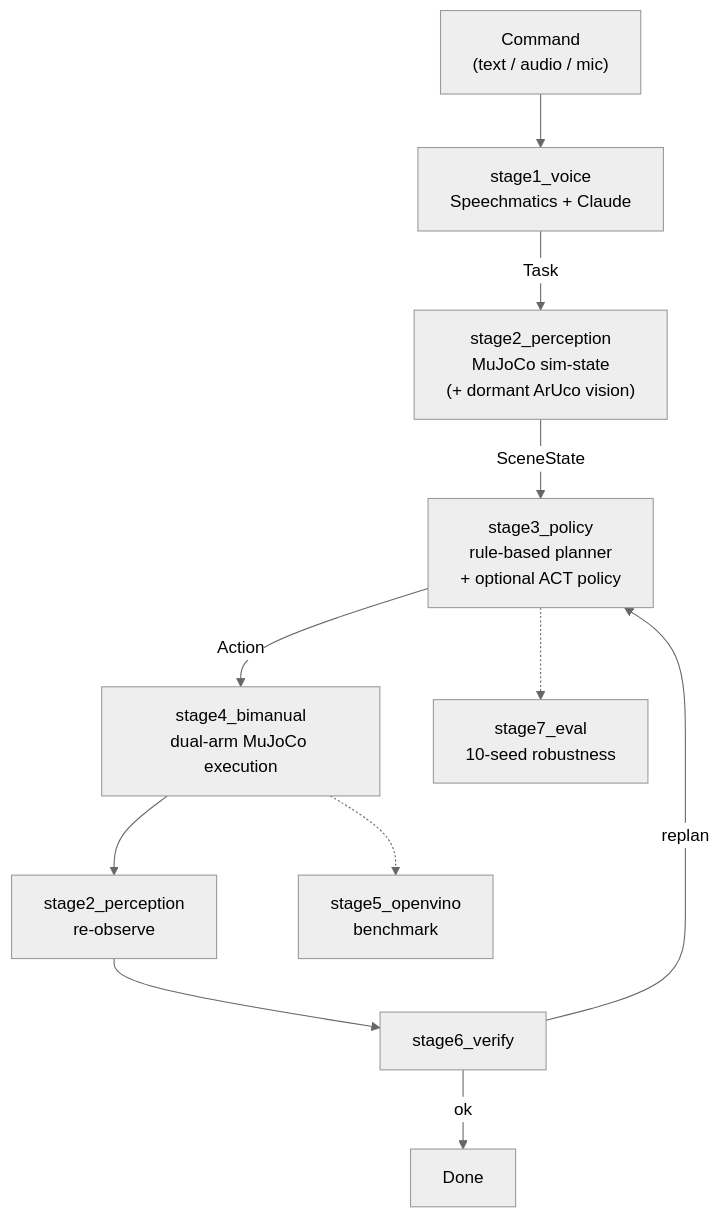
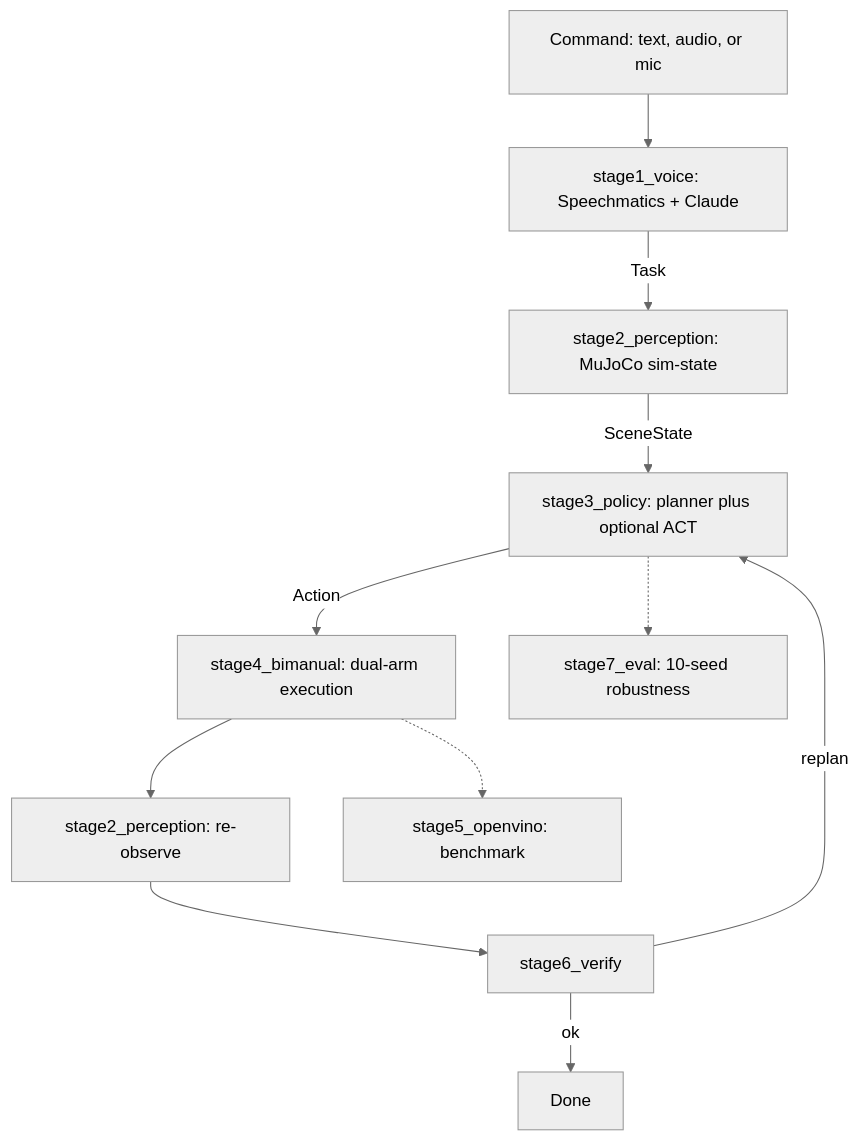
The diagram in README.md (Data-Laur/butler-ai), drawn with Mermaid (neutral theme) before and after one commit.

Commit message:
fix(docs): rewrite architecture diagram to avoid GitHub Mermaid render error
GitHub's pinned Mermaid version fails ("Cannot read properties of
undefined (reading 'render')") on this diagram's parenthesized node
labels and the two-arrows-in-one-statement chain (E --> F --> G).
Removed parentheses and <br/> tags from labels (using ": " instead)
and split the chained edge into two separate statements.

````diff
--- a/README.md
+++ b/README.md
@@ -70,12 +70,13 @@
 ```mermaid
 flowchart TD
-    A["Command<br/>(text / audio / mic)"] --> B["stage1_voice<br/>Speechmatics + Claude"]
-    B -->|Task| C["stage2_perception<br/>MuJoCo sim-state<br/>(+ dormant ArUco vision)"]
-    C -->|SceneState| D["stage3_policy<br/>rule-based planner<br/>+ optional ACT policy"]
-    D -->|Action| E["stage4_bimanual<br/>dual-arm MuJoCo execution"]
-    E --> F["stage2_perception<br/>re-observe"] --> G["stage6_verify"]
-    G -->|ok| H["Done"]
+    A[Command: text, audio, or mic] --> B[stage1_voice: Speechmatics + Claude]
+    B -->|Task| C[stage2_perception: MuJoCo sim-state]
+    C -->|SceneState| D[stage3_policy: planner plus optional ACT]
+    D -->|Action| E[stage4_bimanual: dual-arm execution]
+    E --> F[stage2_perception: re-observe]
+    F --> G[stage6_verify]
+    G -->|ok| H[Done]
     G -->|replan| D
-    E -.-> I["stage5_openvino<br/>benchmark"]
-    D -.-> J["stage7_eval<br/>10-seed robustness"]
+    E -.-> I[stage5_openvino: benchmark]
+    D -.-> J[stage7_eval: 10-seed robustness]
 ```
````
